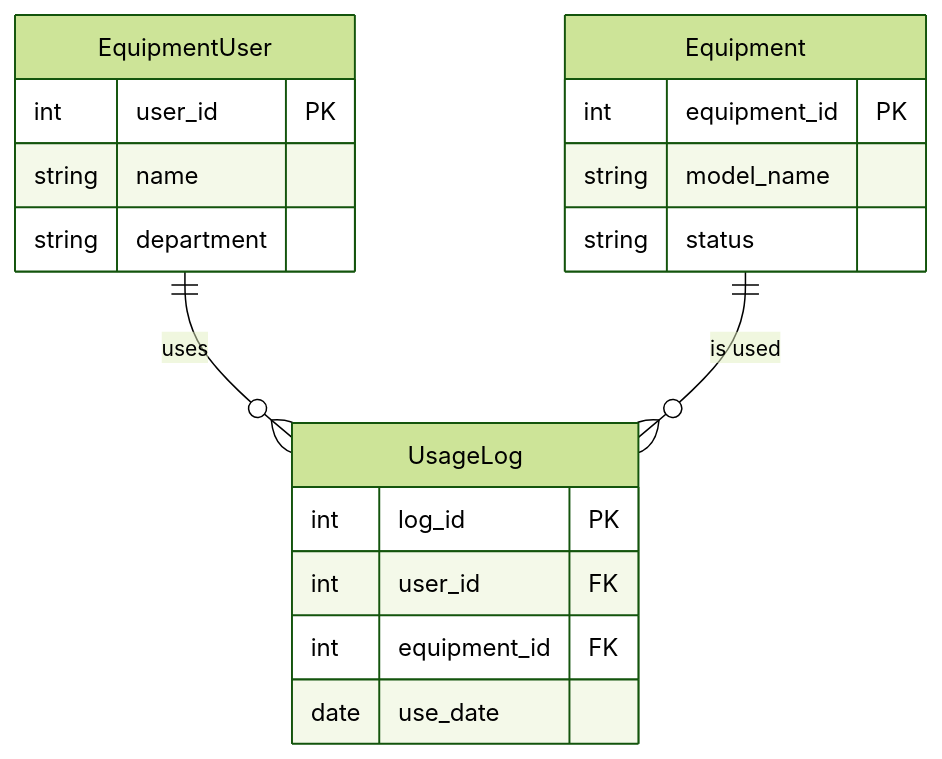
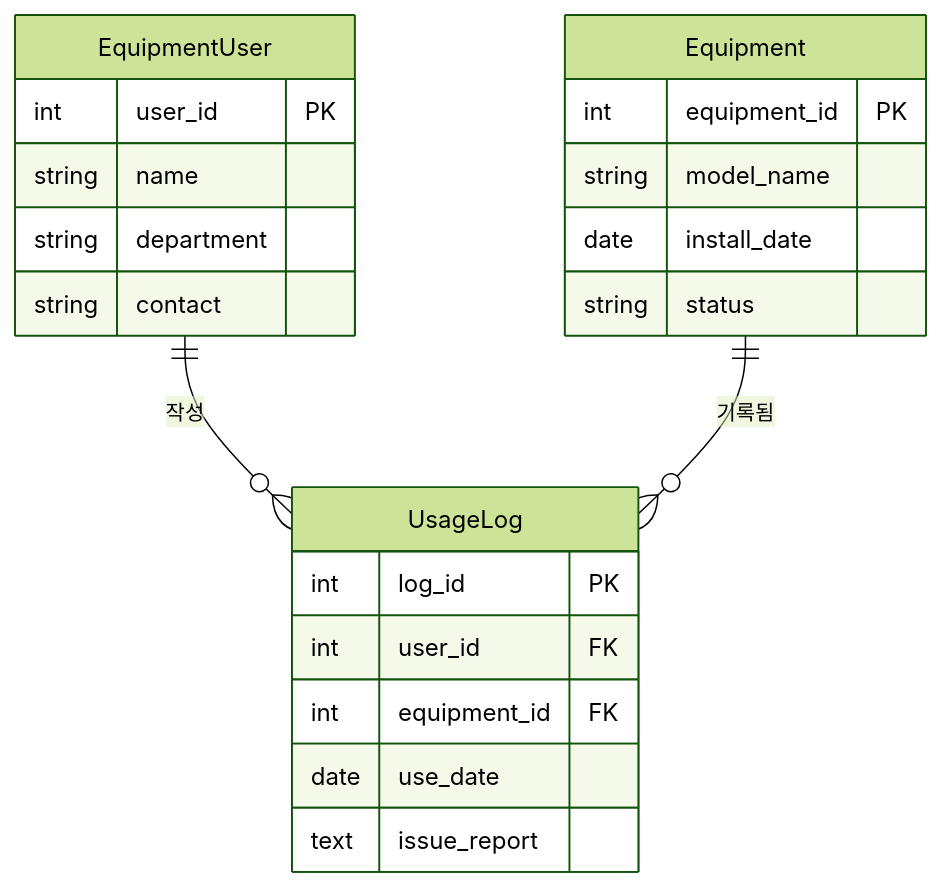
Before and after one commit to omm0716/omm0716.github.io: the diagram in _posts/2026-04-17-database-intro.md, drawn with Mermaid (forest theme). The commit also changed other lines of this file and 7 other files, not shown here.

````diff
--- a/_posts/2026-04-17-database-intro.md
+++ b/_posts/2026-04-17-database-intro.md
@@ -25,22 +54,25 @@
 ```mermaid
 erDiagram
-    EquipmentUser ||--o{ UsageLog : "uses"
-    Equipment ||--o{ UsageLog : "is used"
-    
+    EquipmentUser ||--o{ UsageLog : "작성"
+    Equipment ||--o{ UsageLog : "기록됨"
+
     EquipmentUser {
         int user_id PK
         string name
         string department
+        string contact
     }
     Equipment {
         int equipment_id PK
         string model_name
+        date install_date
         string status
     }
     UsageLog {
         int log_id PK
         int user_id FK
         int equipment_id FK
         date use_date
+        text issue_report
     }
 ```
````
